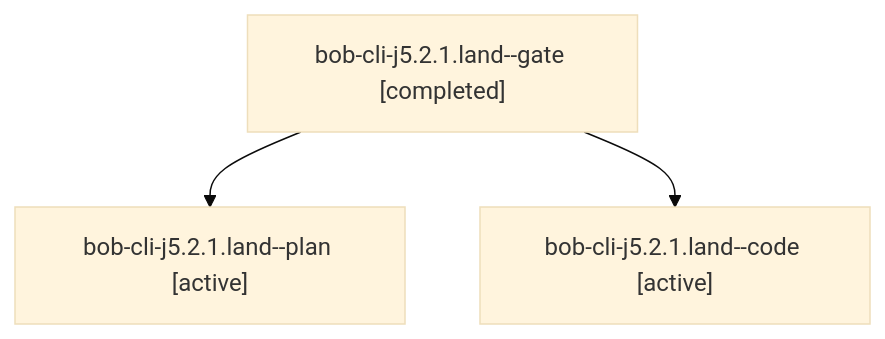
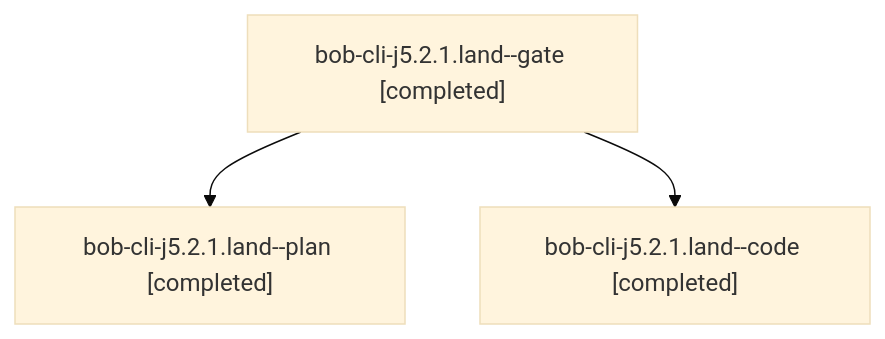
Before and after one commit to bobs-org/bob-cli--agents: the diagram in sessions/bbugyi200.athena.bob-cli-j5.2.1.land.md, drawn with Mermaid (base theme). The commit also changed other lines of this file and 33 other files, not shown here.

````diff
--- a/sessions/bbugyi200.athena.bob-cli-j5.2.1.land.md
+++ b/sessions/bbugyi200.athena.bob-cli-j5.2.1.land.md
@@ -9,8 +9,8 @@
 ```mermaid
 flowchart TD
   n0["bob-cli-j5.2.1.land--gate [completed]"]
-  n1["bob-cli-j5.2.1.land--plan [active]"]
+  n1["bob-cli-j5.2.1.land--plan [completed]"]
   n0 --> n1
-  n2["bob-cli-j5.2.1.land--code [active]"]
+  n2["bob-cli-j5.2.1.land--code [completed]"]
   n0 --> n2
 ```
````
